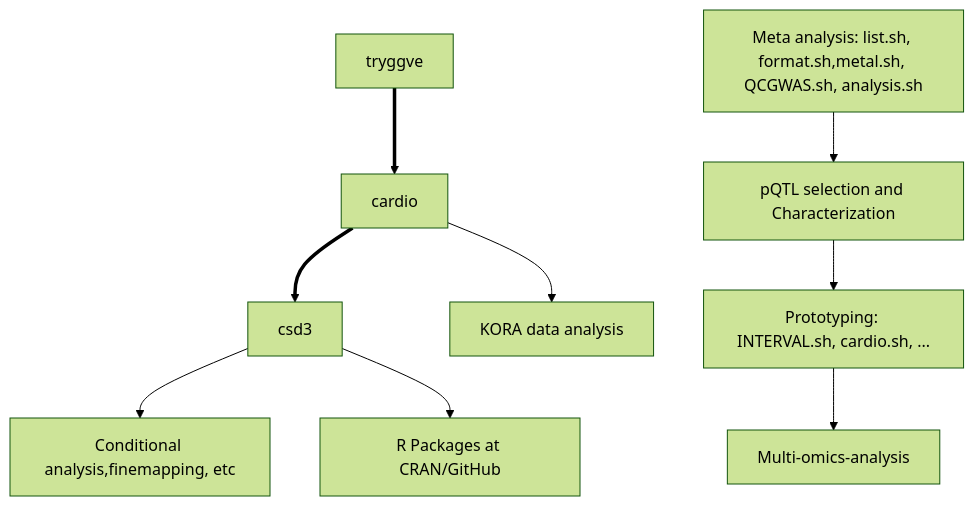
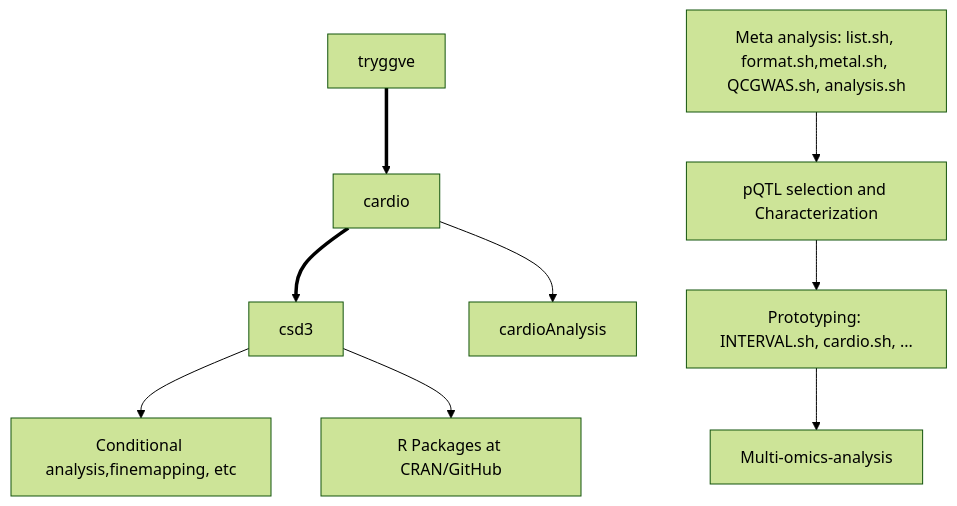
The first of 2 diagrams in docs/README.md (jinghuazhao/INF), drawn with Mermaid (forest theme) before and after one commit.

````diff
--- a/docs/README.md
+++ b/docs/README.md
@@ -7,11 +7,11 @@
 ```mermaid
 graph TB;
   tryggve ==> cardio;
   cardio ==> csd3;
-  cardio --> cardioAnalysis[KORA data analysis];
+  cardio --> cardioAnalysis;
   csd3 --> csd3Analysis[Conditional analysis,finemapping, etc];
   csd3 --> software[R Packages at CRAN/GitHub]; 
   tryggveAnalysis[Meta analysis: list.sh, format.sh,metal.sh, QCGWAS.sh, analysis.sh] --> GWAS[pQTL selection and Characterization];
   GWAS --> Prototyping[Prototyping: INTERVAL.sh, cardio.sh, ...];
   Prototyping --> Multi-omics-analysis;
 ```
````
